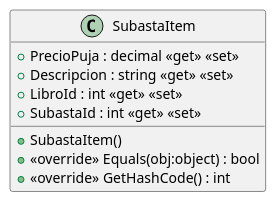
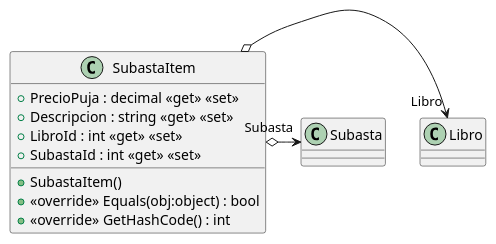
The diagram in src/AppForSEII.API/ClassDiagram/SubastaItem.puml (ISII2627NPA/ISII2627NPA), drawn with PlantUML before and after one commit. The commit also changed 3 other files, not shown here.

Commit message:
actualizar SubastaItem con clave primaria compuesta, validaciones y constructores

```diff
--- a/src/AppForSEII.API/ClassDiagram/SubastaItem.puml
+++ b/src/AppForSEII.API/ClassDiagram/SubastaItem.puml
@@ -1,11 +1,13 @@
 @startuml
 class SubastaItem {
     + PrecioPuja : decimal <<get>> <<set>>
     + Descripcion : string <<get>> <<set>>
     + LibroId : int <<get>> <<set>>
     + SubastaId : int <<get>> <<set>>
     + SubastaItem()
     + <<override>> Equals(obj:object) : bool
     + <<override>> GetHashCode() : int
 }
+SubastaItem o-> "Libro" Libro
+SubastaItem o-> "Subasta" Subasta
 @enduml
```
